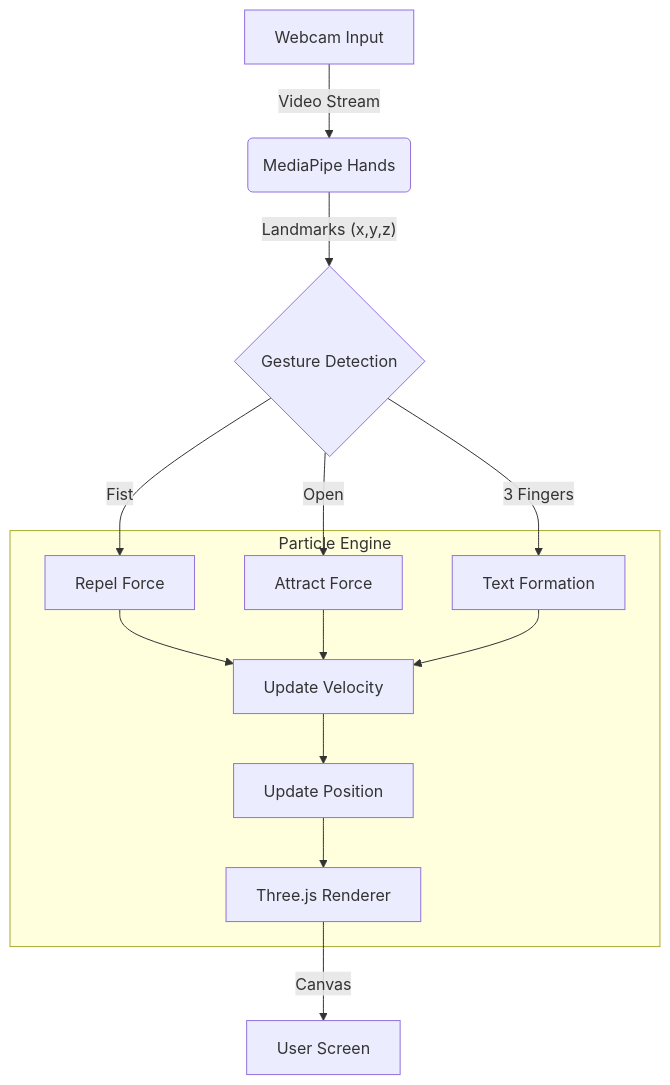
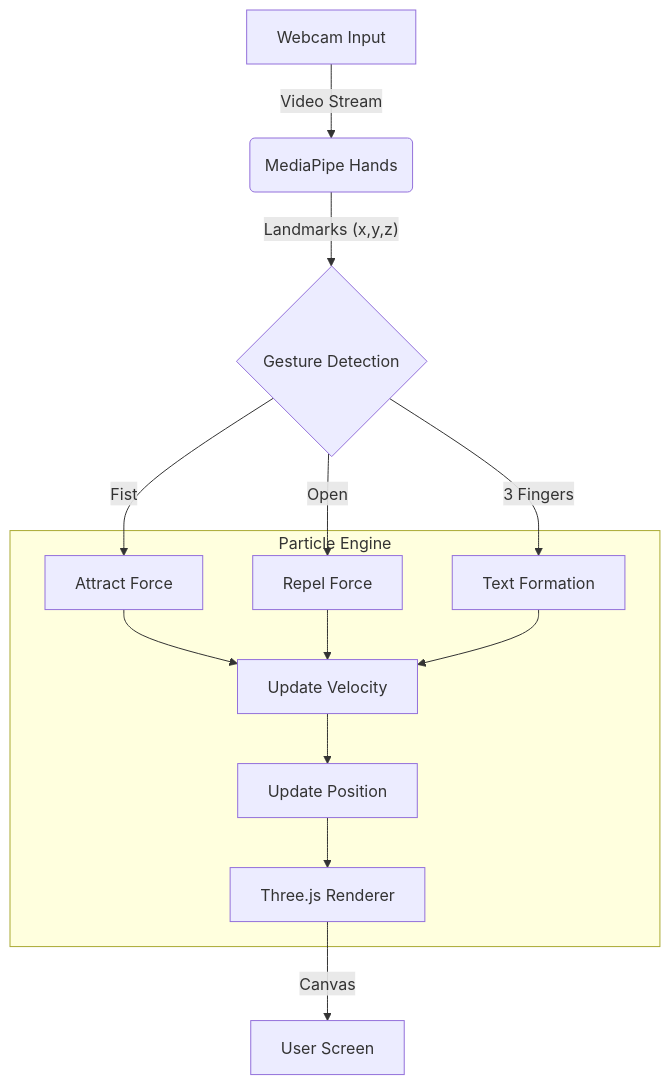
Before and after one commit to Ahmad-Abudllah-Ahmad/real-time-hand-gestures-: the first of 3 diagrams in README.md, drawn with Mermaid. The commit also changed other lines of this file and 2 other files, not shown here.

Commit message:
Docs & Logic: Swapped gestures (Fist=Attract, Open=Explode) and updated README

````diff
--- a/README.md
+++ b/README.md
@@ -34,18 +34,18 @@
 ```mermaid
 graph TD
     A[Webcam Input] -->|Video Stream| B(MediaPipe Hands)
     B -->|"Landmarks (x,y,z)"| C{Gesture Detection}
-    C -->|Fist| D[Repel Force]
-    C -->|Open| E[Attract Force]
+    C -->|Fist| D[Attract Force]
+    C -->|Open| E[Repel Force]
     C -->|3 Fingers| G[Text Formation]
     
     subgraph Particle Engine
     D --> H[Update Velocity]
     E --> H
     G --> H
     H --> I[Update Position]
     I --> J[Three.js Renderer]
     end
     
     J -->|Canvas| K[User Screen]
 ```
````
